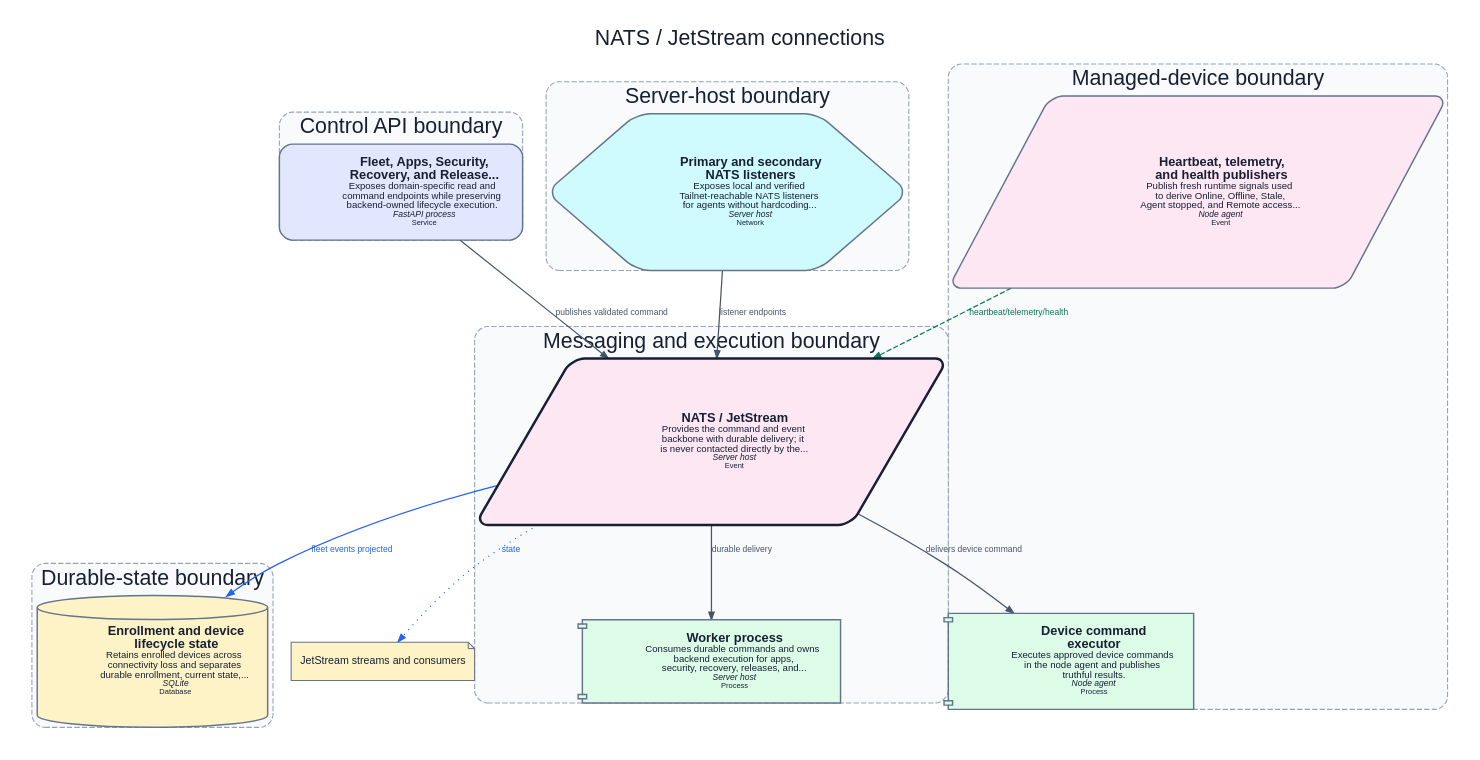
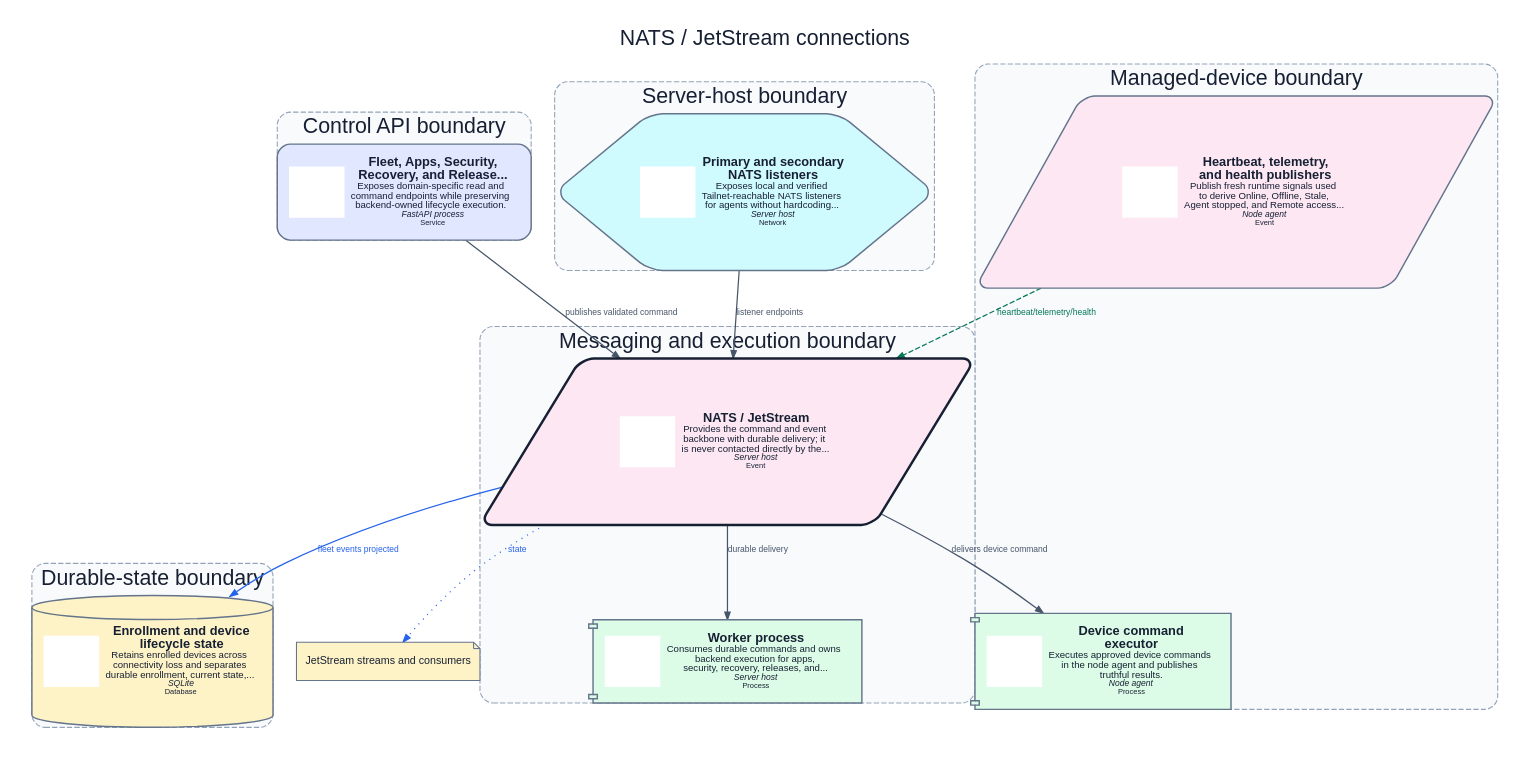
One commit to dexter-lab-ctrl/pocket-lab-lite changed the diagram in docs/assets/diagrams/production/components/nats-jetstream.light.dot. Above: the diagram before and after it, drawn with Graphviz. The commit also changed 550 other files, not shown here.

Commit message:
docs: add brand icons and executive architecture poster

```diff
--- a/docs/assets/diagrams/production/components/nats-jetstream.light.dot
+++ b/docs/assets/diagrams/production/components/nats-jetstream.light.dot
@@ -39,7 +39,7 @@
     fillcolor="#f8fafc";
     fontcolor="#172033";
     penwidth="1.0";
-    "api-domain-surfaces" [label=<<TABLE BORDER="0" CELLBORDER="0" CELLPADDING="4"><TR><TD FIXEDSIZE="TRUE" WIDTH="42" HEIGHT="42"> </TD><TD ALIGN="LEFT"><FONT POINT-SIZE="12"><B>Fleet, Apps, Security,<BR/>Recovery, and Release...</B></FONT><BR/><FONT POINT-SIZE="9">Exposes domain-specific read and<BR/>command endpoints while preserving<BR/>backend-owned lifecycle execution.</FONT><BR/><FONT POINT-SIZE="8"><I>FastAPI process</I></FONT><BR/><FONT POINT-SIZE="7.5">Service</FONT></TD></TR></TABLE>>, shape="box", style="rounded,filled", fillcolor="#e0e7ff", color="#64748b", fontcolor="#172033", penwidth="1.35", tooltip="Fleet, Apps, Security, Recovery, and Release APIs. Exposes domain-specific read and command endpoints while preserving backend-owned lifecycle execution.", URL="../../../../generated/production/architecture/components/api-domain-surfaces/", target="_top"];
+    "api-domain-surfaces" [label=<<TABLE BORDER="0" CELLBORDER="0" CELLPADDING="4"><TR><TD FIXEDSIZE="TRUE" WIDTH="52" HEIGHT="48" BGCOLOR="#FFFFFF"> </TD><TD ALIGN="LEFT"><FONT POINT-SIZE="12"><B>Fleet, Apps, Security,<BR/>Recovery, and Release...</B></FONT><BR/><FONT POINT-SIZE="9">Exposes domain-specific read and<BR/>command endpoints while preserving<BR/>backend-owned lifecycle execution.</FONT><BR/><FONT POINT-SIZE="8"><I>FastAPI process</I></FONT><BR/><FONT POINT-SIZE="7.5">Service</FONT></TD></TR></TABLE>>, shape="box", style="rounded,filled", fillcolor="#e0e7ff", color="#64748b", fontcolor="#172033", penwidth="1.35", tooltip="Fleet, Apps, Security, Recovery, and Release APIs. Exposes domain-specific read and command endpoints while preserving backend-owned lifecycle execution.", URL="../../../../generated/production/architecture/components/api-domain-surfaces/", target="_top"];
   }
   subgraph "cluster_durable-state" {
     label="Durable-state boundary";
@@ -48,7 +48,7 @@
     fillcolor="#f8fafc";
     fontcolor="#172033";
     penwidth="1.0";
-    "device-state" [label=<<TABLE BORDER="0" CELLBORDER="0" CELLPADDING="4"><TR><TD FIXEDSIZE="TRUE" WIDTH="42" HEIGHT="42"> </TD><TD ALIGN="LEFT"><FONT POINT-SIZE="12"><B>Enrollment and device<BR/>lifecycle state</B></FONT><BR/><FONT POINT-SIZE="9">Retains enrolled devices across<BR/>connectivity loss and separates<BR/>durable enrollment, current state,...</FONT><BR/><FONT POINT-SIZE="8"><I>SQLite</I></FONT><BR/><FONT POINT-SIZE="7.5">Database</FONT></TD></TR></TABLE>>, shape="cylinder", style="rounded,filled", fillcolor="#fef3c7", color="#64748b", fontcolor="#172033", penwidth="1.35", tooltip="Enrollment and device lifecycle state. Retains enrolled devices across connectivity loss and separates durable enrollment, current state, health, supervisor state, and recovery history.", URL="../../../../generated/production/architecture/components/device-state/", target="_top"];
+    "device-state" [label=<<TABLE BORDER="0" CELLBORDER="0" CELLPADDING="4"><TR><TD FIXEDSIZE="TRUE" WIDTH="52" HEIGHT="48" BGCOLOR="#FFFFFF"> </TD><TD ALIGN="LEFT"><FONT POINT-SIZE="12"><B>Enrollment and device<BR/>lifecycle state</B></FONT><BR/><FONT POINT-SIZE="9">Retains enrolled devices across<BR/>connectivity loss and separates<BR/>durable enrollment, current state,...</FONT><BR/><FONT POINT-SIZE="8"><I>SQLite</I></FONT><BR/><FONT POINT-SIZE="7.5">Database</FONT></TD></TR></TABLE>>, shape="cylinder", style="rounded,filled", fillcolor="#fef3c7", color="#64748b", fontcolor="#172033", penwidth="1.35", tooltip="Enrollment and device lifecycle state. Retains enrolled devices across connectivity loss and separates durable enrollment, current state, health, supervisor state, and recovery history.", URL="../../../../generated/production/architecture/components/device-state/", target="_top"];
   }
   subgraph "cluster_managed-device" {
     label="Managed-device boundary";
@@ -57,8 +57,8 @@
     fillcolor="#f8fafc";
     fontcolor="#172033";
     penwidth="1.0";
-    "agent-command-executor" [label=<<TABLE BORDER="0" CELLBORDER="0" CELLPADDING="4"><TR><TD FIXEDSIZE="TRUE" WIDTH="42" HEIGHT="42"> </TD><TD ALIGN="LEFT"><FONT POINT-SIZE="12"><B>Device command<BR/>executor</B></FONT><BR/><FONT POINT-SIZE="9">Executes approved device commands<BR/>in the node agent and publishes<BR/>truthful results.</FONT><BR/><FONT POINT-SIZE="8"><I>Node agent</I></FONT><BR/><FONT POINT-SIZE="7.5">Process</FONT></TD></TR></TABLE>>, shape="component", style="rounded,filled", fillcolor="#dcfce7", color="#64748b", fontcolor="#172033", penwidth="1.35", tooltip="Device command executor. Executes approved device commands in the node agent and publishes truthful results.", URL="../../../../generated/production/architecture/components/agent-command-executor/", target="_top"];
-    "agent-signals" [label=<<TABLE BORDER="0" CELLBORDER="0" CELLPADDING="4"><TR><TD FIXEDSIZE="TRUE" WIDTH="42" HEIGHT="42"> </TD><TD ALIGN="LEFT"><FONT POINT-SIZE="12"><B>Heartbeat, telemetry,<BR/>and health publishers</B></FONT><BR/><FONT POINT-SIZE="9">Publish fresh runtime signals used<BR/>to derive Online, Offline, Stale,<BR/>Agent stopped, and Remote access...</FONT><BR/><FONT POINT-SIZE="8"><I>Node agent</I></FONT><BR/><FONT POINT-SIZE="7.5">Event</FONT></TD></TR></TABLE>>, shape="parallelogram", style="rounded,filled", fillcolor="#fce7f3", color="#64748b", fontcolor="#172033", penwidth="1.35", tooltip="Heartbeat, telemetry, and health publishers. Publish fresh runtime signals used to derive Online, Offline, Stale, Agent stopped, and Remote access not ready states.", URL="../../../../generated/production/architecture/components/agent-signals/", target="_top"];
+    "agent-command-executor" [label=<<TABLE BORDER="0" CELLBORDER="0" CELLPADDING="4"><TR><TD FIXEDSIZE="TRUE" WIDTH="52" HEIGHT="48" BGCOLOR="#FFFFFF"> </TD><TD ALIGN="LEFT"><FONT POINT-SIZE="12"><B>Device command<BR/>executor</B></FONT><BR/><FONT POINT-SIZE="9">Executes approved device commands<BR/>in the node agent and publishes<BR/>truthful results.</FONT><BR/><FONT POINT-SIZE="8"><I>Node agent</I></FONT><BR/><FONT POINT-SIZE="7.5">Process</FONT></TD></TR></TABLE>>, shape="component", style="rounded,filled", fillcolor="#dcfce7", color="#64748b", fontcolor="#172033", penwidth="1.35", tooltip="Device command executor. Executes approved device commands in the node agent and publishes truthful results.", URL="../../../../generated/production/architecture/components/agent-command-executor/", target="_top"];
+    "agent-signals" [label=<<TABLE BORDER="0" CELLBORDER="0" CELLPADDING="4"><TR><TD FIXEDSIZE="TRUE" WIDTH="52" HEIGHT="48" BGCOLOR="#FFFFFF"> </TD><TD ALIGN="LEFT"><FONT POINT-SIZE="12"><B>Heartbeat, telemetry,<BR/>and health publishers</B></FONT><BR/><FONT POINT-SIZE="9">Publish fresh runtime signals used<BR/>to derive Online, Offline, Stale,<BR/>Agent stopped, and Remote access...</FONT><BR/><FONT POINT-SIZE="8"><I>Node agent</I></FONT><BR/><FONT POINT-SIZE="7.5">Event</FONT></TD></TR></TABLE>>, shape="parallelogram", style="rounded,filled", fillcolor="#fce7f3", color="#64748b", fontcolor="#172033", penwidth="1.35", tooltip="Heartbeat, telemetry, and health publishers. Publish fresh runtime signals used to derive Online, Offline, Stale, Agent stopped, and Remote access not ready states.", URL="../../../../generated/production/architecture/components/agent-signals/", target="_top"];
   }
   subgraph "cluster_messaging-execution" {
     label="Messaging and execution boundary";
@@ -67,8 +67,8 @@
     fillcolor="#f8fafc";
     fontcolor="#172033";
     penwidth="1.0";
-    "nats-jetstream" [label=<<TABLE BORDER="0" CELLBORDER="0" CELLPADDING="4"><TR><TD FIXEDSIZE="TRUE" WIDTH="42" HEIGHT="42"> </TD><TD ALIGN="LEFT"><FONT POINT-SIZE="12"><B>NATS / JetStream</B></FONT><BR/><FONT POINT-SIZE="9">Provides the command and event<BR/>backbone with durable delivery; it<BR/>is never contacted directly by the...</FONT><BR/><FONT POINT-SIZE="8"><I>Server host</I></FONT><BR/><FONT POINT-SIZE="7.5">Event</FONT></TD></TR></TABLE>>, shape="parallelogram", style="rounded,filled,bold", fillcolor="#fce7f3", color="#172033", fontcolor="#172033", penwidth="2.3", tooltip="NATS / JetStream. Provides the command and event backbone with durable delivery; it is never contacted directly by the frontend.", URL="../../../../generated/production/architecture/components/nats-jetstream/", target="_top"];
-    "worker" [label=<<TABLE BORDER="0" CELLBORDER="0" CELLPADDING="4"><TR><TD FIXEDSIZE="TRUE" WIDTH="42" HEIGHT="42"> </TD><TD ALIGN="LEFT"><FONT POINT-SIZE="12"><B>Worker process</B></FONT><BR/><FONT POINT-SIZE="9">Consumes durable commands and owns<BR/>backend execution for apps,<BR/>security, recovery, releases, and...</FONT><BR/><FONT POINT-SIZE="8"><I>Server host</I></FONT><BR/><FONT POINT-SIZE="7.5">Process</FONT></TD></TR></TABLE>>, shape="component", style="rounded,filled", fillcolor="#dcfce7", color="#64748b", fontcolor="#172033", penwidth="1.35", tooltip="Worker process. Consumes durable commands and owns backend execution for apps, security, recovery, releases, and lifecycle work.", URL="../../../../generated/production/architecture/components/worker/", target="_top"];
+    "nats-jetstream" [label=<<TABLE BORDER="0" CELLBORDER="0" CELLPADDING="4"><TR><TD FIXEDSIZE="TRUE" WIDTH="52" HEIGHT="48" BGCOLOR="#FFFFFF"> </TD><TD ALIGN="LEFT"><FONT POINT-SIZE="12"><B>NATS / JetStream</B></FONT><BR/><FONT POINT-SIZE="9">Provides the command and event<BR/>backbone with durable delivery; it<BR/>is never contacted directly by the...</FONT><BR/><FONT POINT-SIZE="8"><I>Server host</I></FONT><BR/><FONT POINT-SIZE="7.5">Event</FONT></TD></TR></TABLE>>, shape="parallelogram", style="rounded,filled,bold", fillcolor="#fce7f3", color="#172033", fontcolor="#172033", penwidth="2.3", tooltip="NATS / JetStream. Provides the command and event backbone with durable delivery; it is never contacted directly by the frontend.", URL="../../../../generated/production/architecture/components/nats-jetstream/", target="_top"];
+    "worker" [label=<<TABLE BORDER="0" CELLBORDER="0" CELLPADDING="4"><TR><TD FIXEDSIZE="TRUE" WIDTH="52" HEIGHT="48" BGCOLOR="#FFFFFF"> </TD><TD ALIGN="LEFT"><FONT POINT-SIZE="12"><B>Worker process</B></FONT><BR/><FONT POINT-SIZE="9">Consumes durable commands and owns<BR/>backend execution for apps,<BR/>security, recovery, releases, and...</FONT><BR/><FONT POINT-SIZE="8"><I>Server host</I></FONT><BR/><FONT POINT-SIZE="7.5">Process</FONT></TD></TR></TABLE>>, shape="component", style="rounded,filled", fillcolor="#dcfce7", color="#64748b", fontcolor="#172033", penwidth="1.35", tooltip="Worker process. Consumes durable commands and owns backend execution for apps, security, recovery, releases, and lifecycle work.", URL="../../../../generated/production/architecture/components/worker/", target="_top"];
   }
   subgraph "cluster_server-host" {
     label="Server-host boundary";
@@ -77,14 +77,14 @@
     fillcolor="#f8fafc";
     fontcolor="#172033";
     penwidth="1.0";
-    "nats-listeners" [label=<<TABLE BORDER="0" CELLBORDER="0" CELLPADDING="4"><TR><TD FIXEDSIZE="TRUE" WIDTH="42" HEIGHT="42"> </TD><TD ALIGN="LEFT"><FONT POINT-SIZE="12"><B>Primary and secondary<BR/>NATS listeners</B></FONT><BR/><FONT POINT-SIZE="9">Exposes local and verified<BR/>Tailnet-reachable NATS listeners<BR/>for agents without hardcoding...</FONT><BR/><FONT POINT-SIZE="8"><I>Server host</I></FONT><BR/><FONT POINT-SIZE="7.5">Network</FONT></TD></TR></TABLE>>, shape="hexagon", style="rounded,filled", fillcolor="#cffafe", color="#64748b", fontcolor="#172033", penwidth="1.35", tooltip="Primary and secondary NATS listeners. Exposes local and verified Tailnet-reachable NATS listeners for agents without hardcoding credentials or addresses.", URL="../../../../generated/production/architecture/components/nats-listeners/", target="_top"];
+    "nats-listeners" [label=<<TABLE BORDER="0" CELLBORDER="0" CELLPADDING="4"><TR><TD FIXEDSIZE="TRUE" WIDTH="52" HEIGHT="48" BGCOLOR="#FFFFFF"> </TD><TD ALIGN="LEFT"><FONT POINT-SIZE="12"><B>Primary and secondary<BR/>NATS listeners</B></FONT><BR/><FONT POINT-SIZE="9">Exposes local and verified<BR/>Tailnet-reachable NATS listeners<BR/>for agents without hardcoding...</FONT><BR/><FONT POINT-SIZE="8"><I>Server host</I></FONT><BR/><FONT POINT-SIZE="7.5">Network</FONT></TD></TR></TABLE>>, shape="hexagon", style="rounded,filled", fillcolor="#cffafe", color="#64748b", fontcolor="#172033", penwidth="1.35", tooltip="Primary and secondary NATS listeners. Exposes local and verified Tailnet-reachable NATS listeners for agents without hardcoding credentials or addresses.", URL="../../../../generated/production/architecture/components/nats-listeners/", target="_top"];
   }
-  "nats-jetstream" -> "agent-command-executor" [label="delivers device command", tooltip="delivers device command (NATS)", style="solid", arrowhead="normal", color="#475569", fontcolor="#475569"];
-  "api-domain-surfaces" -> "nats-jetstream" [label="publishes validated command", tooltip="publishes validated command (NATS)", style="solid", arrowhead="normal", color="#475569", fontcolor="#475569"];
-  "nats-jetstream" -> "device-state" [label="fleet events projected", tooltip="fleet events projected (NATS/SQLite)", style="solid", arrowhead="normal", color="#2563eb", fontcolor="#2563eb"];
-  "nats-listeners" -> "nats-jetstream" [label="listener endpoints", tooltip="listener endpoints (NATS)", style="solid", arrowhead="normal", color="#475569", fontcolor="#475569"];
-  "nats-jetstream" -> "worker" [label="durable delivery", tooltip="durable delivery (JetStream)", style="solid", arrowhead="normal", color="#475569", fontcolor="#475569"];
-  "agent-signals" -> "nats-jetstream" [label="heartbeat/telemetry/health", tooltip="heartbeat/telemetry/health (NATS)", style="dashed", arrowhead="normal", color="#047857", fontcolor="#047857"];
+  "nats-jetstream" -> "agent-command-executor" [label="delivers device command", tooltip="delivers device command (NATS)", style="solid", arrowhead="normal", color="#475569", fontcolor="#475569", penwidth="1.15", arrowsize="0.72"];
+  "api-domain-surfaces" -> "nats-jetstream" [label="publishes validated command", tooltip="publishes validated command (NATS)", style="solid", arrowhead="normal", color="#475569", fontcolor="#475569", penwidth="1.15", arrowsize="0.72"];
+  "nats-jetstream" -> "device-state" [label="fleet events projected", tooltip="fleet events projected (NATS/SQLite)", style="solid", arrowhead="normal", color="#2563eb", fontcolor="#2563eb", penwidth="1.15", arrowsize="0.72"];
+  "nats-listeners" -> "nats-jetstream" [label="listener endpoints", tooltip="listener endpoints (NATS)", style="solid", arrowhead="normal", color="#475569", fontcolor="#475569", penwidth="1.15", arrowsize="0.72"];
+  "nats-jetstream" -> "worker" [label="durable delivery", tooltip="durable delivery (JetStream)", style="solid", arrowhead="normal", color="#475569", fontcolor="#475569", penwidth="1.15", arrowsize="0.72"];
+  "agent-signals" -> "nats-jetstream" [label="heartbeat/telemetry/health", tooltip="heartbeat/telemetry/health (NATS)", style="dashed", arrowhead="normal", color="#047857", fontcolor="#047857", penwidth="1.15", arrowsize="0.72"];
   "state_dependency_0" [label="JetStream streams and consumers", shape="note", style="filled", fillcolor="#fef3c7", color="#64748b", fontcolor="#172033", tooltip="Durable-state dependency"];
   "nats-jetstream" -> "state_dependency_0" [label="state", style="dotted", color="#2563eb", fontcolor="#2563eb"];
 }
```
